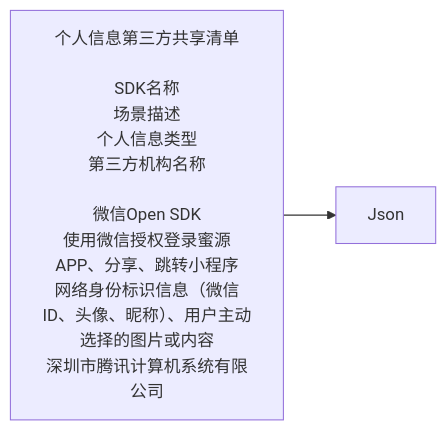
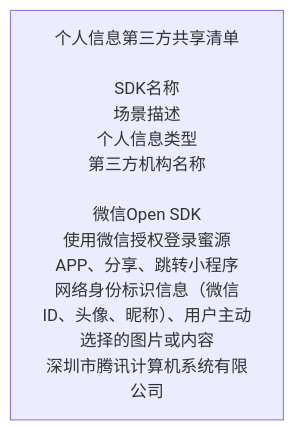
Before and after one commit to milaLIAN/iodraw-files: the diagram in all/未命名-5.md, drawn with Mermaid.

Commit message:
2024-05-10 17:40:15 update

````diff
--- a/all/未命名-5.md
+++ b/all/未命名-5.md
@@ -1,8 +1,6 @@
 ```mermaid
 flowchart LR
     id1[个人信息第三方共享清单<br><br>SDK名称<br>场景描述<br>个人信息类型<br>第三方机构名称<br><br>微信Open SDK<br>使用微信授权登录蜜源APP、分享、跳转小程序<br>网络身份标识信息（微信ID、头像、昵称）、用户主动选择的图片或内容<br>深圳市腾讯计算机系统有限公司]
-    id2[Json]
 
-    id1-->id2
 
 ```
````
